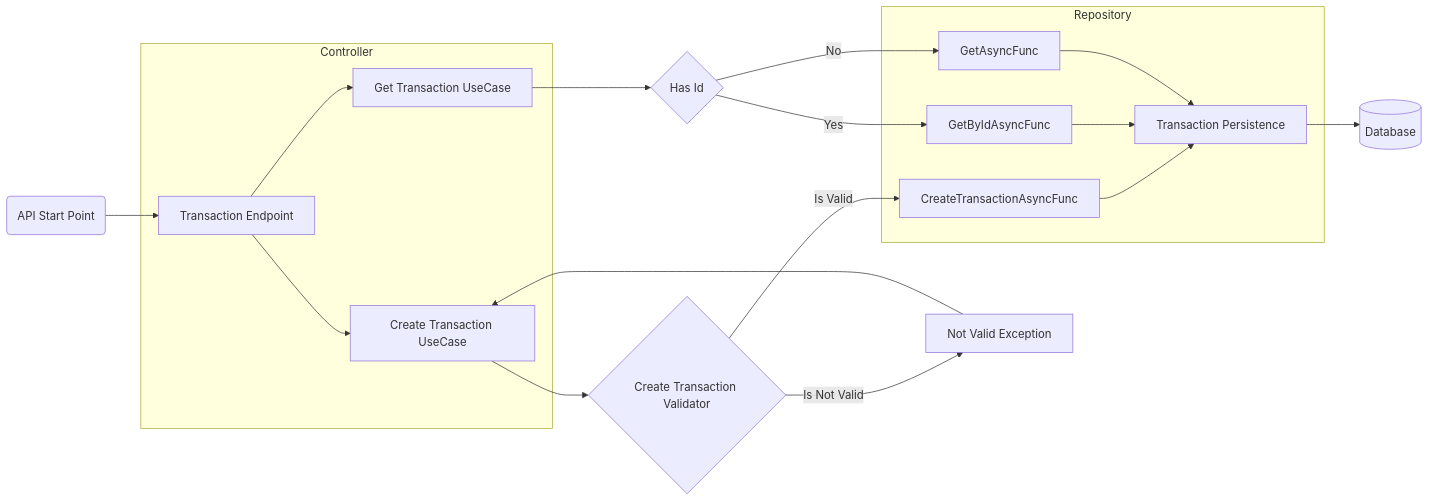
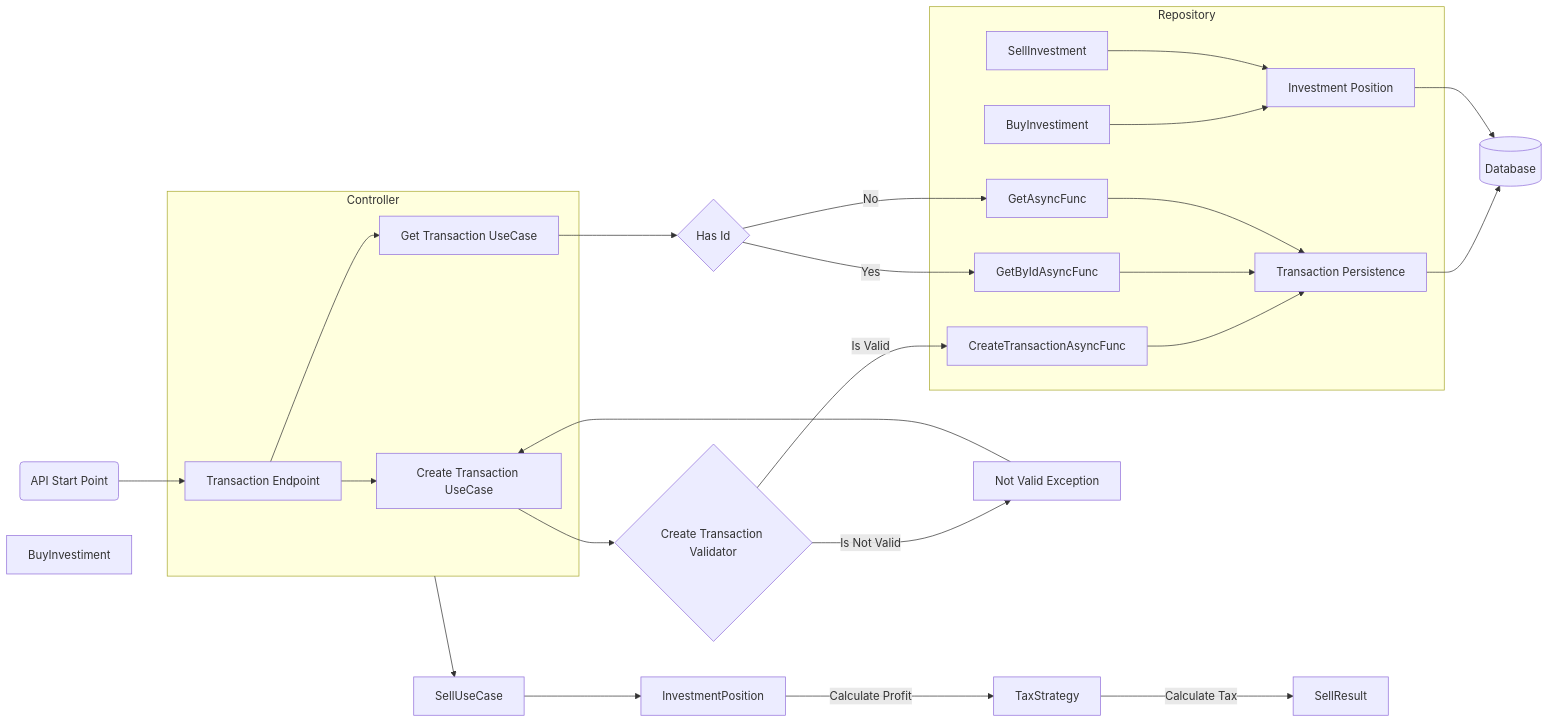
The diagram in API FlowChart.mmd (v1drak0dz/CashWise), drawn with Mermaid before and after one commit. The commit also changed 33 other files, not shown here.

```diff
--- a/API FlowChart.mmd
+++ b/API FlowChart.mmd
@@ -1,48 +1,61 @@
 flowchart LR
 	%% Entry/End point
 	API(API Start Point)
 	Database[(Database)]
 
 	%% Controllers
 	TransactionController[Transaction Endpoint]
 	TransactionRepository[Transaction Persistence]
+	InvestmentPositionRepository[Investment Position]
 
 	%% Use Cases
 	CreateTransactionUseCase[Create Transaction UseCase]
 	GetTransactionUseCase[Get Transaction UseCase]
 
 	%% Helpers
 	CreateTransactionValidator{Create Transaction Validator}
 	NotValidException[Not Valid Exception]
 	GetTransactionHasId{Has Id}
 
 	%% Repository Functions
 	CreateTransactionAsync[CreateTransactionAsyncFunc]
 	GetByIdAsync[GetByIdAsyncFunc]
 	GetAsyncFunc[GetAsyncFunc]
+	BuyInvestment[BuyInvestiment]
+	SellInvestment[SellInvestment]
 
 	%% Standard one way flow
 	API --> TransactionController
 	TransactionRepository --> Database
+	InvestmentPositionRepository --> Database
 
 	subgraph Controller
 		TransactionController --> CreateTransactionUseCase
 		TransactionController --> GetTransactionUseCase
 	end
 
 	subgraph Repository
 		CreateTransactionAsync --> TransactionRepository
 		GetByIdAsync --> TransactionRepository
 		GetAsyncFunc --> TransactionRepository
+
+		BuyInvestiment --> InvestmentPositionRepository
+		SellInvestment --> InvestmentPositionRepository
 	end
 
 	%% Create Flow
 	CreateTransactionUseCase --> CreateTransactionValidator
 	CreateTransactionValidator -->|Is Valid| CreateTransactionAsync
 	CreateTransactionValidator -->|Is Not Valid| NotValidException
 	NotValidException --> CreateTransactionUseCase
 
 	%% Get Flow
 	GetTransactionUseCase --> GetTransactionHasId
 	GetTransactionHasId -->|Yes| GetByIdAsync
 	GetTransactionHasId -->|No| GetAsyncFunc
+
+	%% Investment
+	Controller --> SellUseCase
+	SellUseCase --> InvestmentPosition
+	InvestmentPosition -->|Calculate Profit| TaxStrategy
+	TaxStrategy -->|Calculate Tax| SellResult
```
